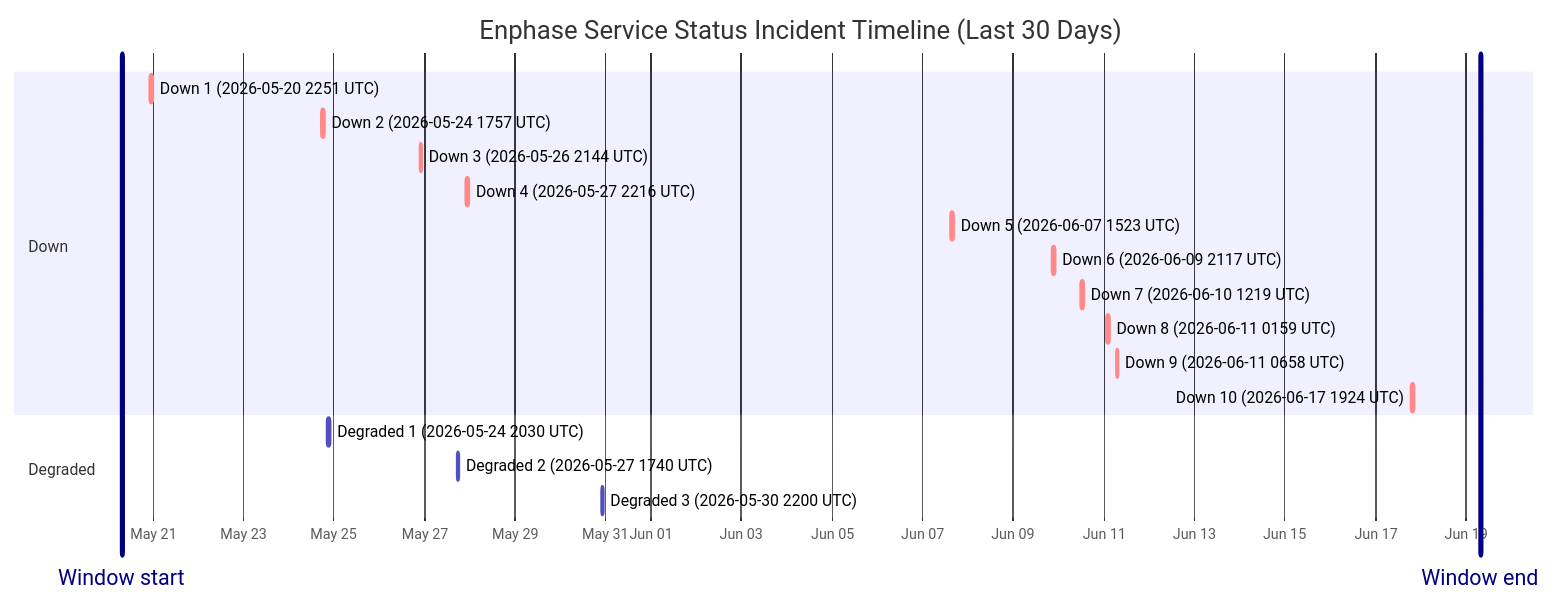
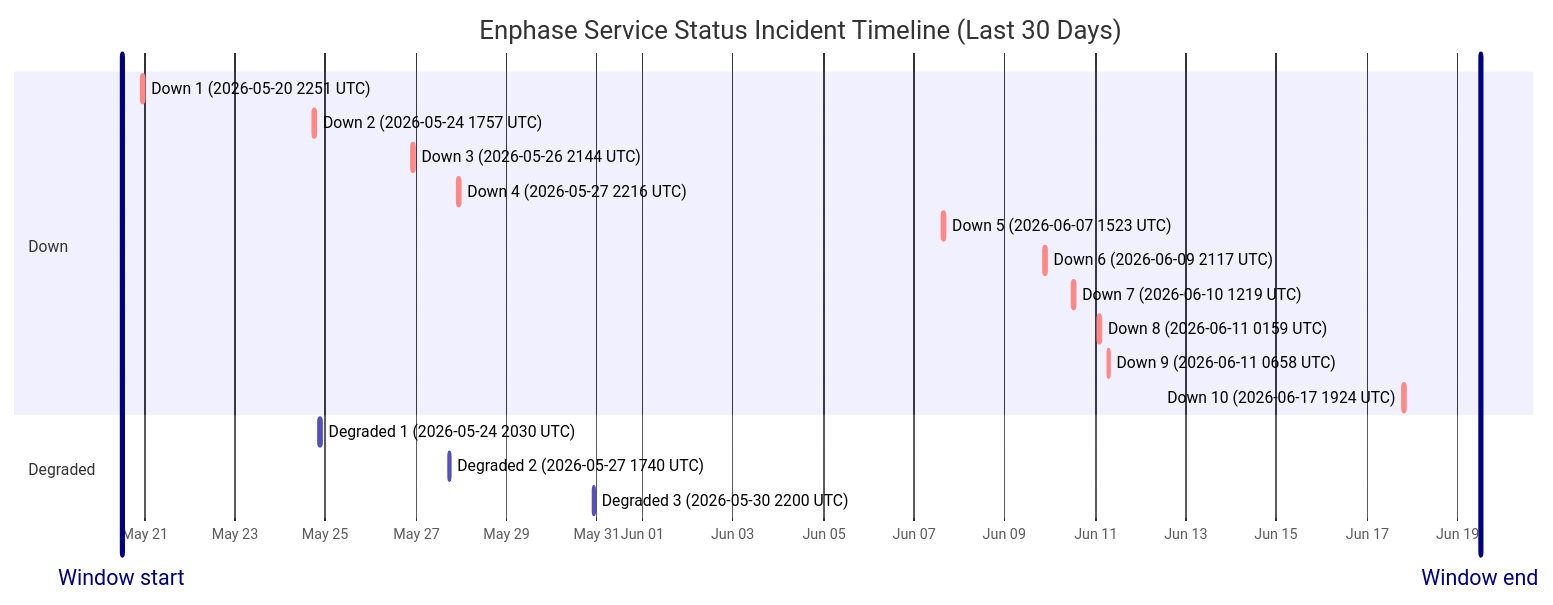
Before and after one commit to barneyonline/ha-enphase-energy: the diagram in wiki/Service-Status-History.md, drawn with Mermaid. The commit also changed other lines of this file and 3 other files, not shown here.

````diff
--- a/wiki/Service-Status-History.md
+++ b/wiki/Service-Status-History.md
@@ -14,23 +14,23 @@
 ```mermaid
 gantt
     title Enphase Service Status Incident Timeline (Last 30 Days)
     dateFormat  YYYY-MM-DDTHH:mm:ss
     axisFormat  %b %d
-    Window start :vert, window-start, 2026-05-20T07:38:08, 0ms
-    Window end :vert, window-end, 2026-06-19T07:38:08, 0ms
+    Window start :vert, window-start, 2026-05-20T12:04:58, 0ms
+    Window end :vert, window-end, 2026-06-19T12:04:58, 0ms
     section Down
     Down 1 (2026-05-20 2251 UTC) :crit, down-1, 2026-05-20T22:51:14, 75m
     Down 2 (2026-05-24 1757 UTC) :crit, down-2, 2026-05-24T17:57:41, 86m
     Down 3 (2026-05-26 2144 UTC) :crit, down-3, 2026-05-26T21:44:11, 85m
     Down 4 (2026-05-27 2216 UTC) :crit, down-4, 2026-05-27T22:16:53, 87m
     Down 5 (2026-06-07 1523 UTC) :crit, down-5, 2026-06-07T15:23:22, 87m
     Down 6 (2026-06-09 2117 UTC) :crit, down-6, 2026-06-09T21:17:17, 60m
     Down 7 (2026-06-10 1219 UTC) :crit, down-7, 2026-06-10T12:19:21, 60m
     Down 8 (2026-06-11 0159 UTC) :crit, down-8, 2026-06-11T01:59:36, 60m
     Down 9 (2026-06-11 0658 UTC) :crit, down-9, 2026-06-11T06:58:45, 60m
     Down 10 (2026-06-17 1924 UTC) :crit, down-10, 2026-06-17T19:24:51, 60m
     section Degraded
     Degraded 1 (2026-05-24 2030 UTC) :active, degraded-1, 2026-05-24T20:30:57, 84m
     Degraded 2 (2026-05-27 1740 UTC) :active, degraded-2, 2026-05-27T17:40:52, 60m
     Degraded 3 (2026-05-30 2200 UTC) :active, degraded-3, 2026-05-30T22:00:37, 60m
 ```
````
